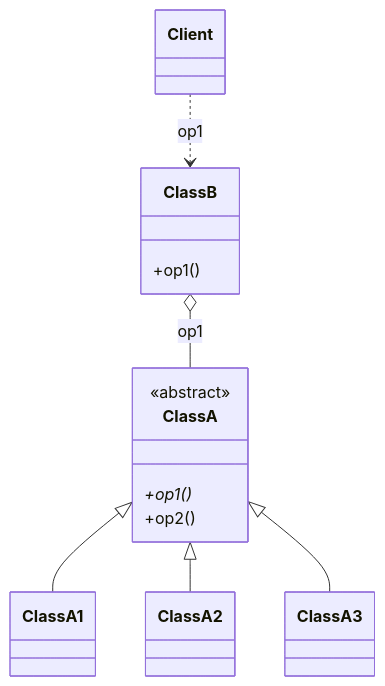
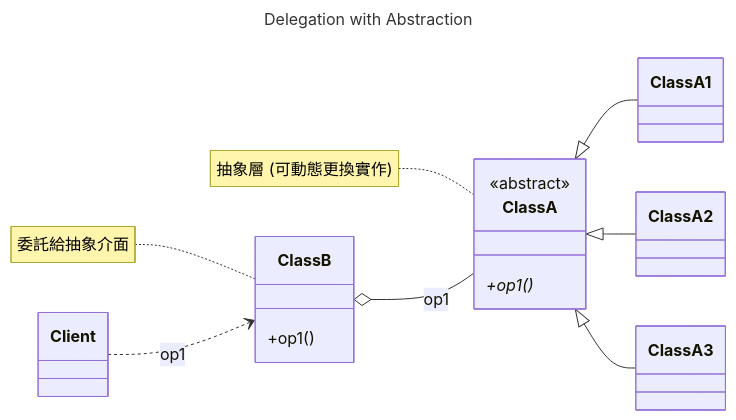
One commit to nlhsueh/teach_sw_fw changed the second of 17 diagrams in Part3_Principle/ch08_oo.md. Above: the diagram before and after it, drawn with Mermaid. The commit also changed other lines of this file and 1 other file, not shown here.

Commit message:
docs: standardize chapter 8 Mermaid diagrams and refine IoC content

````diff
--- a/Part3_Principle/ch08_oo.md
+++ b/Part3_Principle/ch08_oo.md
@@ -102,21 +72,27 @@
 ```mermaid
+---
+title: Delegation with Abstraction
+---
 classDiagram
+    direction LR
     class Client
     class ClassB {
         +op1()
     }
     class ClassA {
         <<abstract>>
         +op1()*
-        +op2()
     }
     class ClassA1
     class ClassA2
     class ClassA3
 
     Client ..> ClassB : op1
     ClassB o-- ClassA : op1
     ClassA <|-- ClassA1
     ClassA <|-- ClassA2
     ClassA <|-- ClassA3
+
+    note for ClassB "委託給抽象介面"
+    note for ClassA "抽象層 (可動態更換實作)"
 ```
````
